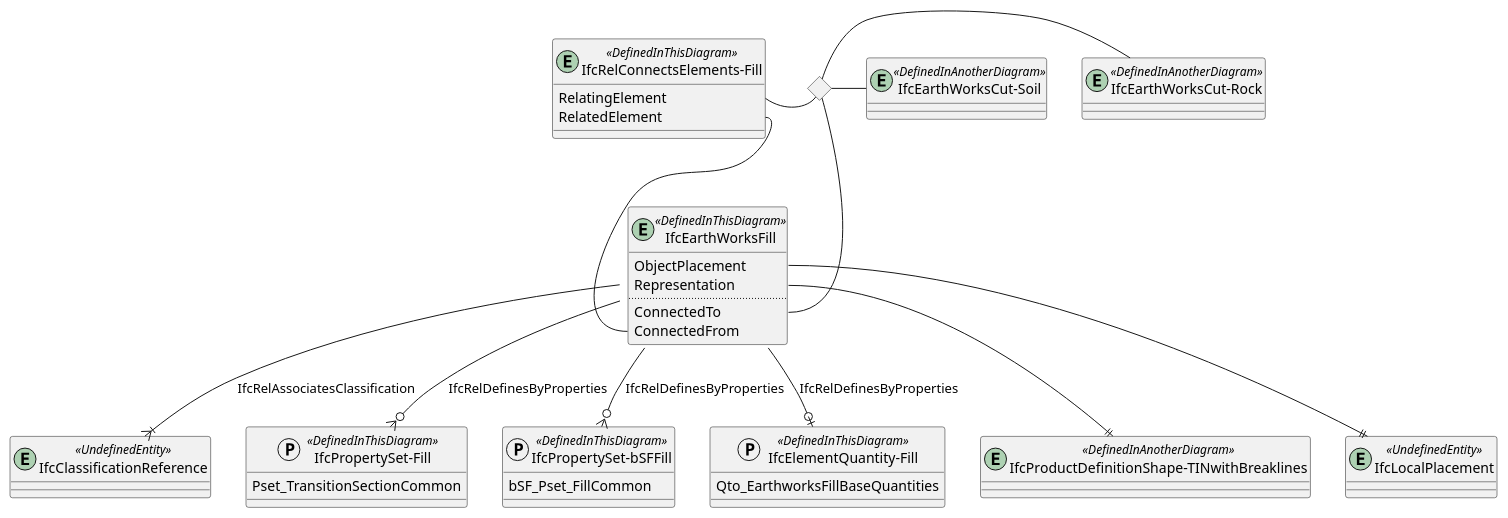
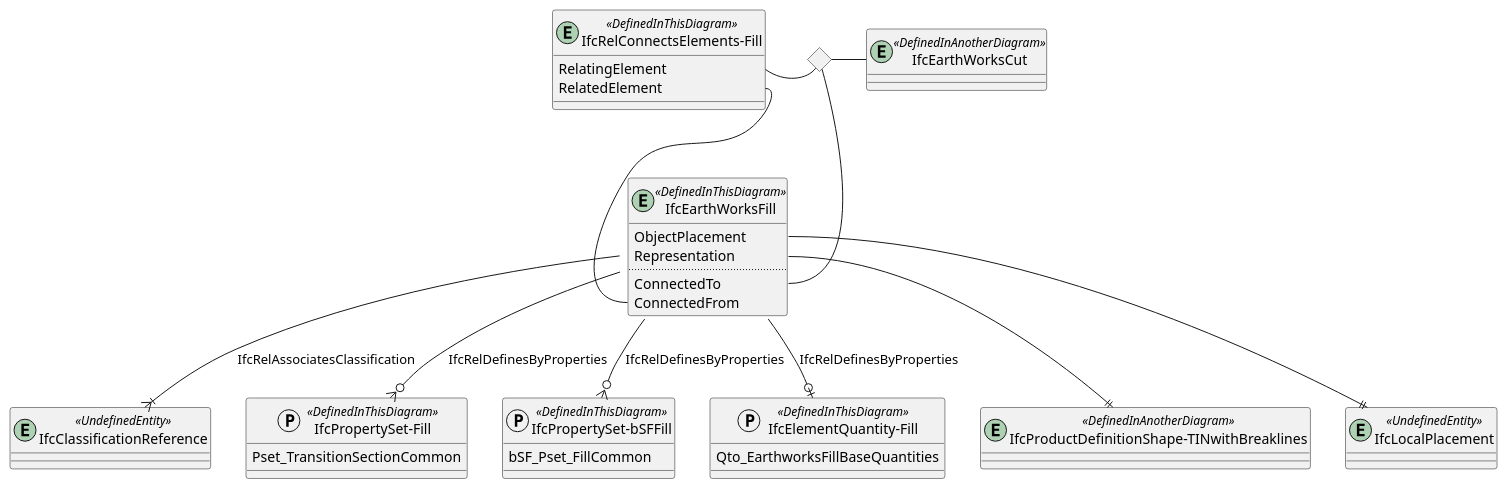
Before and after one commit to buildingSMART-Finland/RYTV-IFCRoute: the diagram in diagrams/bsf-IfcEarthworksFill.pu, drawn with PlantUML. The commit also changed 5 other files, not shown here.

```diff
--- a/diagrams/bsf-IfcEarthworksFill.pu
+++ b/diagrams/bsf-IfcEarthworksFill.pu
@@ -1,58 +1,56 @@
 @startuml 
 
 entity IfcEarthWorksFill <<DefinedInThisDiagram>>
 {
   ObjectPlacement
   Representation
   ..
   ConnectedTo
   ConnectedFrom
 }
 
 
 entity "IfcRelConnectsElements-Fill" <<DefinedInThisDiagram>>
 {
   RelatingElement
   RelatedElement
 }
 IfcEarthWorksFill::ConnectedFrom -- "IfcRelConnectsElements-Fill::RelatedElement" 
 
-entity "IfcEarthWorksCut-Rock" <<DefinedInAnotherDiagram>>
-entity "IfcEarthWorksCut-Soil" <<DefinedInAnotherDiagram>>
+entity IfcEarthWorksCut <<DefinedInAnotherDiagram>>
 
 
 <> choice
 "IfcRelConnectsElements-Fill::RelatingElement" - choice
 choice - IfcEarthWorksFill::ConnectedTo
-choice - "IfcEarthWorksCut-Rock"
-choice - "IfcEarthWorksCut-Soil"
+choice - IfcEarthWorksCut
 
 entity IfcClassificationReference <<UndefinedEntity>>
 IfcEarthWorksFill --|{ IfcClassificationReference : IfcRelAssociatesClassification
 
 entity "IfcProductDefinitionShape-TINwithBreaklines" <<DefinedInAnotherDiagram>>
 IfcEarthWorksFill::Representation --|| "IfcProductDefinitionShape-TINwithBreaklines"
 
 entity IfcLocalPlacement <<UndefinedEntity>>
 IfcEarthWorksFill::ObjectPlacement --|| IfcLocalPlacement
 
 protocol "IfcPropertySet-Fill" <<DefinedInThisDiagram>>
 {
     Pset_TransitionSectionCommon
 }
 IfcEarthWorksFill --o{ "IfcPropertySet-Fill" : IfcRelDefinesByProperties
 
 protocol "IfcPropertySet-bSFFill" <<DefinedInThisDiagram>>
 {
     bSF_Pset_FillCommon
 }
 IfcEarthWorksFill --o{ "IfcPropertySet-bSFFill" : IfcRelDefinesByProperties
 
 protocol "IfcElementQuantity-Fill" <<DefinedInThisDiagram>>
 {
     Qto_EarthworksFillBaseQuantities
 }
 IfcEarthWorksFill --o| "IfcElementQuantity-Fill" : IfcRelDefinesByProperties
 
 
 @enduml
```
